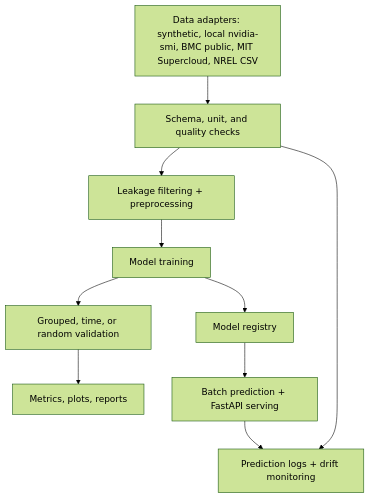
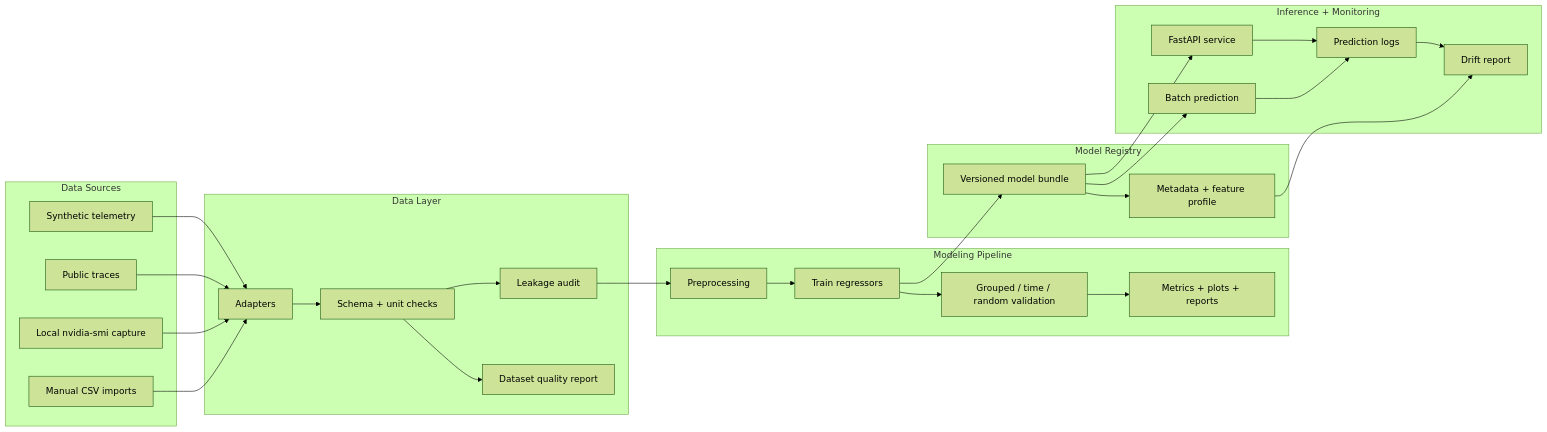
Before and after one commit to jas0nriverah/gpu-power-modeling: the first of 2 diagrams in README.md, drawn with Mermaid (forest theme). The commit also changed other lines of this file, not shown here.

````diff
--- a/README.md
+++ b/README.md
@@ -39,12 +47,58 @@
 ```mermaid
-flowchart TD
-    A[Data adapters: synthetic, local nvidia-smi, BMC public, MIT Supercloud, NREL CSV] --> B[Schema, unit, and quality checks]
-    B --> C[Leakage filtering + preprocessing]
-    C --> D[Model training]
-    D --> E[Grouped, time, or random validation]
-    D --> F[Model registry]
-    E --> G[Metrics, plots, reports]
-    F --> H[Batch prediction + FastAPI serving]
-    H --> I[Prediction logs + drift monitoring]
-    B --> I
+flowchart LR
+    subgraph Sources["Data Sources"]
+        A1[Synthetic telemetry]
+        A2[Public traces]
+        A3[Local nvidia-smi capture]
+        A4[Manual CSV imports]
+    end
+
+    subgraph DataLayer["Data Layer"]
+        B[Adapters]
+        C[Schema + unit checks]
+        D[Dataset quality report]
+        E[Leakage audit]
+    end
+
+    subgraph Modeling["Modeling Pipeline"]
+        F[Preprocessing]
+        G[Train regressors]
+        H[Grouped / time / random validation]
+        I[Metrics + plots + reports]
+    end
+
+    subgraph Registry["Model Registry"]
+        J[Versioned model bundle]
+        K[Metadata + feature profile]
+    end
+
+    subgraph Deployment["Inference + Monitoring"]
+        L[Batch prediction]
+        M[FastAPI service]
+        N[Prediction logs]
+        O[Drift report]
+    end
+
+    A1 --> B
+    A2 --> B
+    A3 --> B
+    A4 --> B
+
+    B --> C
+    C --> D
+    C --> E
+    E --> F
+    F --> G
+    G --> H
+    H --> I
+
+    G --> J
+    J --> K
+
+    J --> L
+    J --> M
+    L --> N
+    M --> N
+    K --> O
+    N --> O
 ```
````
